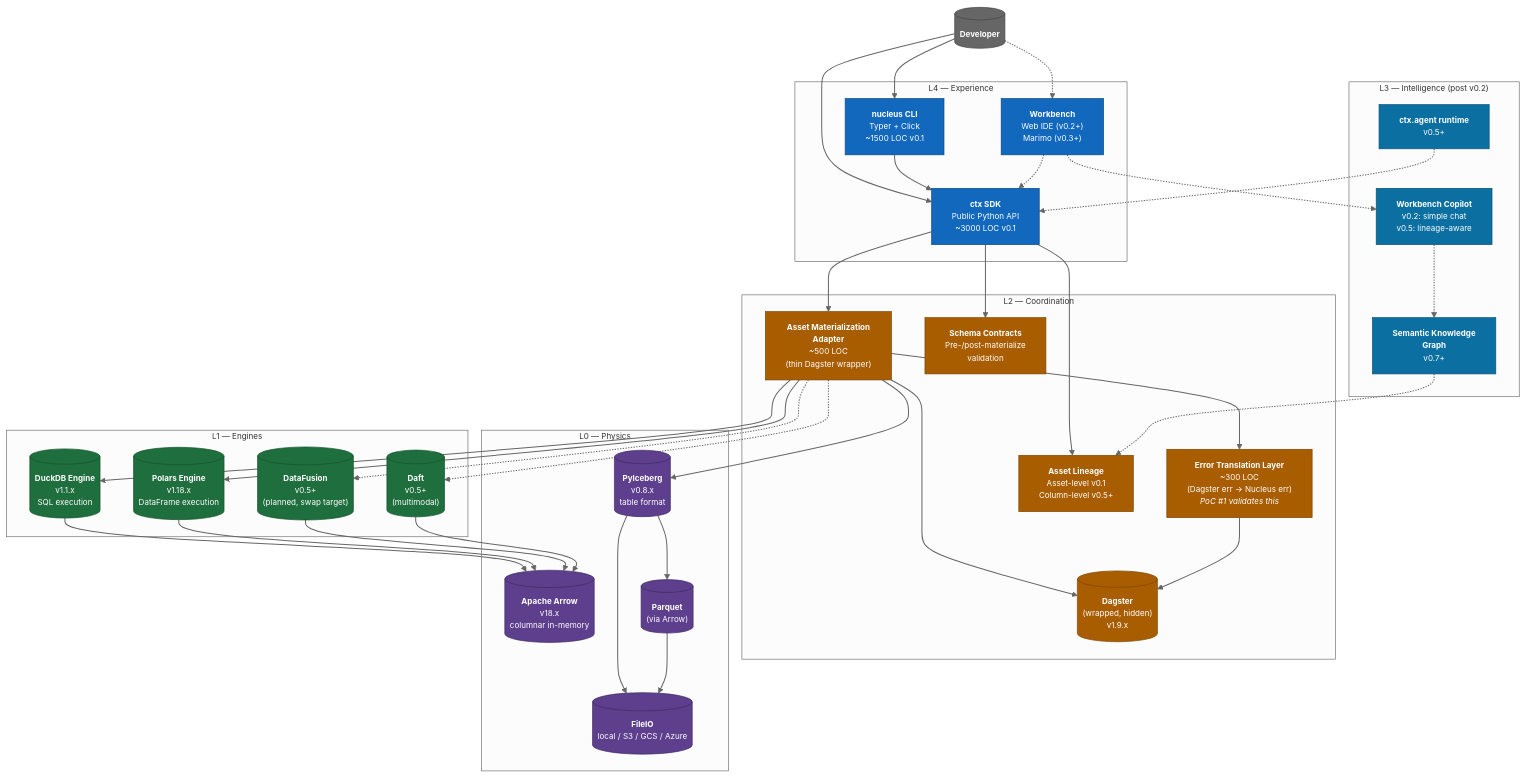
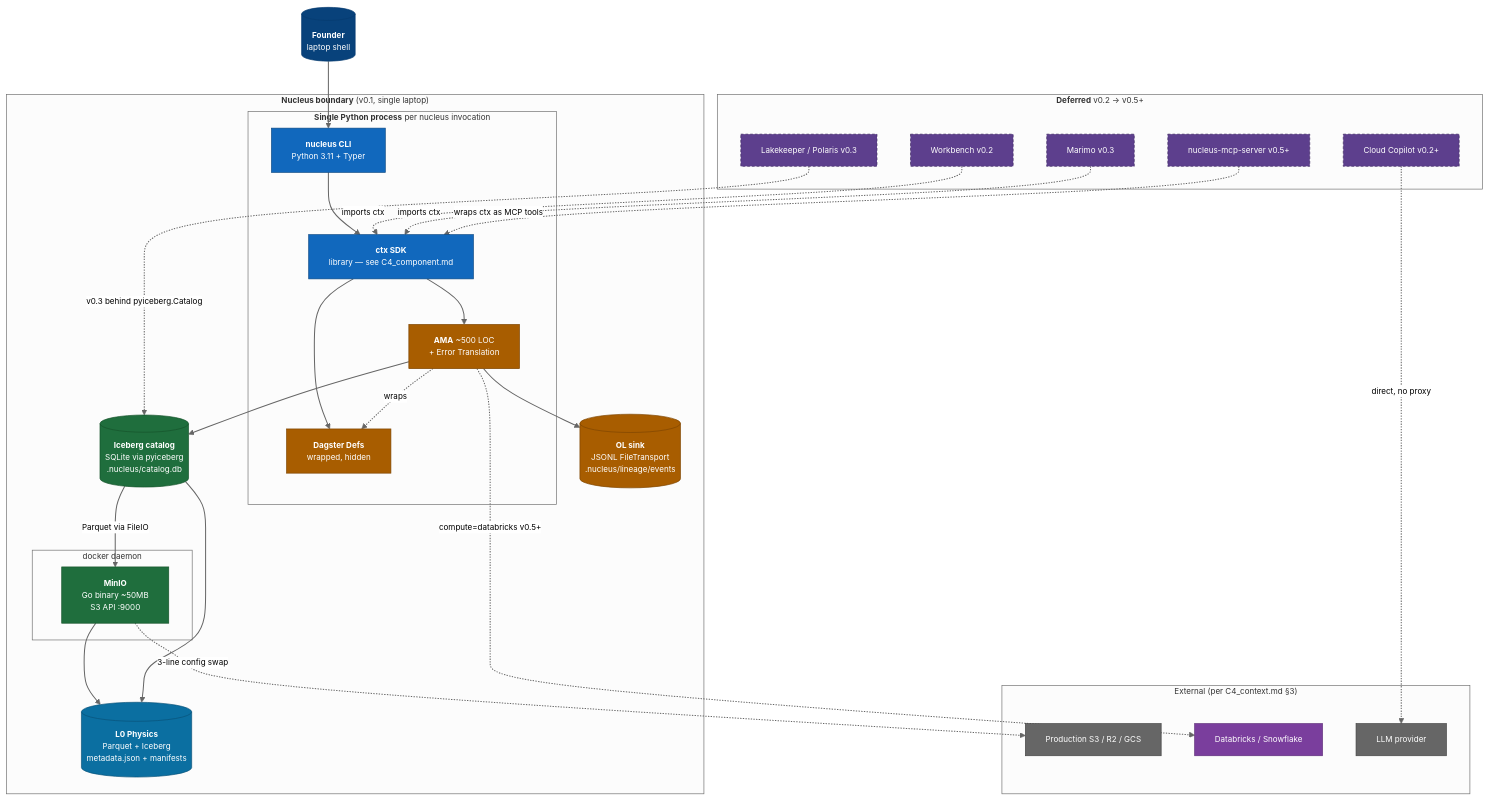
One commit to nucleus-data/nucleus changed the diagram in docs/architecture/C4_container.md. Above: the diagram before and after it, drawn with Mermaid. The commit also changed other lines of this file and 452 other files, not shown here.

First line of the commit message:
release: nucleus v0.2.0 -- public-launch handover bundle

````diff
--- a/docs/architecture/C4_container.md
+++ b/docs/architecture/C4_container.md
@@ -15,82 +25,66 @@
 ```mermaid
 %%{init: {"theme":"neutral", "themeVariables":{"fontSize":"12px"}}}%%
 flowchart TB
-    classDef l0 fill:#5d3f8d,stroke:#3f2a61,color:#fff
+    classDef user fill:#08427b,stroke:#073b6f,color:#fff
+    classDef l4 fill:#1168bd,stroke:#0b4884,color:#fff
+    classDef l2 fill:#a85d00,stroke:#7e4500,color:#fff
     classDef l1 fill:#1f6e3d,stroke:#16532b,color:#fff
-    classDef l2 fill:#a85d00,stroke:#7e4500,color:#fff
-    classDef l3 fill:#0b6fa1,stroke:#085178,color:#fff
-    classDef l4 fill:#1168bd,stroke:#0b4884,color:#fff
+    classDef physics fill:#0b6fa1,stroke:#085178,color:#fff
+    classDef deferred fill:#5d3f8d,stroke:#3f2a61,color:#fff,stroke-dasharray:4 3
+    classDef giant fill:#7a3e9d,stroke:#5e2f7a,color:#fff
     classDef ext fill:#666,stroke:#444,color:#fff
 
-    USER[("<b>Developer</b>")]:::ext
+    DEV[("<b>Founder</b><br/>laptop shell")]:::user
 
-    subgraph L4["L4 — Experience"]
-        CLI["<b>nucleus CLI</b><br/>Typer + Click<br/>~1500 LOC v0.1"]:::l4
-        CTX["<b>ctx SDK</b><br/>Public Python API<br/>~3000 LOC v0.1"]:::l4
-        WB["<b>Workbench</b><br/>Web IDE (v0.2+)<br/>Marimo (v0.3+)"]:::l4
+    subgraph NUCLEUS["<b>Nucleus boundary</b> (v0.1, single laptop)"]
+        subgraph PROC["<b>Single Python process</b> per nucleus invocation"]
+            CLI["<b>nucleus CLI</b><br/>Python 3.11 + Typer"]:::l4
+            CTX["<b>ctx SDK</b><br/>library — see C4_component.md"]:::l4
+            DAG["<b>Dagster Defs</b><br/>wrapped, hidden"]:::l2
+            AMA["<b>AMA</b> ~500 LOC<br/>+ Error Translation"]:::l2
+        end
+
+        CAT[("<b>Iceberg catalog</b><br/>SQLite via pyiceberg<br/>.nucleus/catalog.db")]:::l1
+        OL[("<b>OL sink</b><br/>JSONL FileTransport<br/>.nucleus/lineage/events")]:::l2
+
+        subgraph DOCKER["docker daemon"]
+            MINIO["<b>MinIO</b><br/>Go binary ~50MB<br/>S3 API :9000"]:::l1
+        end
+
+        PHYS[("<b>L0 Physics</b><br/>Parquet + Iceberg<br/>metadata.json + manifests")]:::physics
     end
 
-    subgraph L3["L3 — Intelligence (post v0.2)"]
-        COPILOT["<b>Workbench Copilot</b><br/>v0.2: simple chat<br/>v0.5: lineage-aware"]:::l3
-        SKG["<b>Semantic Knowledge<br/>Graph</b><br/>v0.7+"]:::l3
-        AGENT["<b>ctx.agent runtime</b><br/>v0.5+"]:::l3
+    subgraph FUTURE["<b>Deferred</b> v0.2 → v0.5+"]
+        WB["Workbench v0.2"]:::deferred
+        MAR["Marimo v0.3"]:::deferred
+        LAK["Lakekeeper / Polaris v0.3"]:::deferred
+        MCP["nucleus-mcp-server v0.5+"]:::deferred
+        COP["Cloud Copilot v0.2+"]:::deferred
     end
 
-    subgraph L2["L2 — Coordination"]
-        AMA["<b>Asset Materialization<br/>Adapter</b><br/>~500 LOC<br/>(thin Dagster wrapper)"]:::l2
-        ETL["<b>Error Translation Layer</b><br/>~300 LOC<br/>(Dagster err → Nucleus err)<br/><i>PoC #1 validates this</i>"]:::l2
-        LIN["<b>Asset Lineage</b><br/>Asset-level v0.1<br/>Column-level v0.5+"]:::l2
-        CONTRACT["<b>Schema Contracts</b><br/>Pre-/post-materialize<br/>validation"]:::l2
-        DAG[("<b>Dagster</b><br/>(wrapped, hidden)<br/>v1.9.x")]:::l2
+    subgraph EXT["External (per C4_context.md §3)"]
+        S3PROD["Production S3 / R2 / GCS"]:::ext
+        DBR["Databricks / Snowflake"]:::giant
+        LLM["LLM provider"]:::ext
     end
 
-    subgraph L1["L1 — Engines"]
-        ENG_DUCK[("<b>DuckDB Engine</b><br/>v1.1.x<br/>SQL execution")]:::l1
-        ENG_POLARS[("<b>Polars Engine</b><br/>v1.18.x<br/>DataFrame execution")]:::l1
-        ENG_DF[("<b>DataFusion</b><br/>v0.5+<br/>(planned, swap target)")]:::l1
-        ENG_DAFT[("<b>Daft</b><br/>v0.5+<br/>(multimodal)")]:::l1
-    end
+    DEV ==> CLI ==> CTX
+    CTX --> DAG
+    CTX --> AMA
+    AMA -.wraps.-> DAG
+    AMA --> CAT
+    AMA --> OL
+    CAT -- "Parquet via FileIO" --> MINIO
+    MINIO --> PHYS
+    CAT --> PHYS
 
-    subgraph L0["L0 — Physics"]
-        ARROW[("<b>Apache Arrow</b><br/>v18.x<br/>columnar in-memory")]:::l0
-        ICE[("<b>PyIceberg</b><br/>v0.8.x<br/>table format")]:::l0
-        PARQ[("<b>Parquet</b><br/>(via Arrow)")]:::l0
-        FS[("<b>FileIO</b><br/>local / S3 / GCS / Azure")]:::l0
-    end
-
-    USER ==> CLI
-    USER ==> CTX
-    USER -.-> WB
-
-    CLI --> CTX
-    WB -.-> CTX
-    WB -.-> COPILOT
-
-    CTX --> AMA
-    CTX --> CONTRACT
-    CTX --> LIN
-    COPILOT -.-> SKG
-    SKG -.-> LIN
-    AGENT -.-> CTX
-
-    AMA --> ETL
-    AMA --> DAG
-    ETL --> DAG
-
-    AMA --> ENG_DUCK
-    AMA --> ENG_POLARS
-    AMA -.-> ENG_DF
-    AMA -.-> ENG_DAFT
-
-    ENG_DUCK --> ARROW
-    ENG_POLARS --> ARROW
-    ENG_DF --> ARROW
-    ENG_DAFT --> ARROW
-
-    AMA --> ICE
-    ICE --> PARQ
-    ICE --> FS
-    PARQ --> FS
+    MINIO -. "3-line config swap" .-> S3PROD
+    AMA -. "compute=databricks v0.5+" .-> DBR
+    COP -. "direct, no proxy" .-> LLM
+    LAK -. "v0.3 behind pyiceberg.Catalog" .-> CAT
+    WB -. "imports ctx" .-> CTX
+    MAR -. "imports ctx" .-> CTX
+    MCP -. "wraps ctx as MCP tools" .-> CTX
 
     linkStyle default stroke:#666,stroke-width:1.5px
 ```
````
